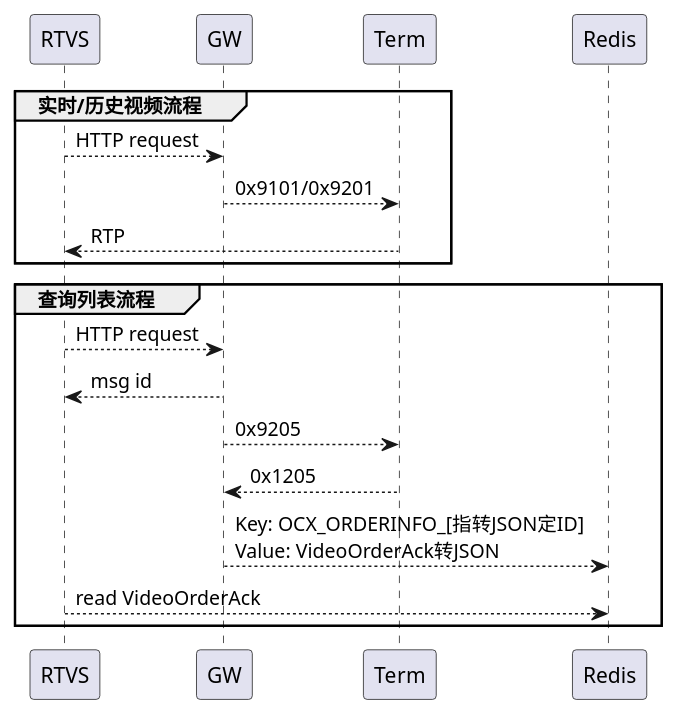
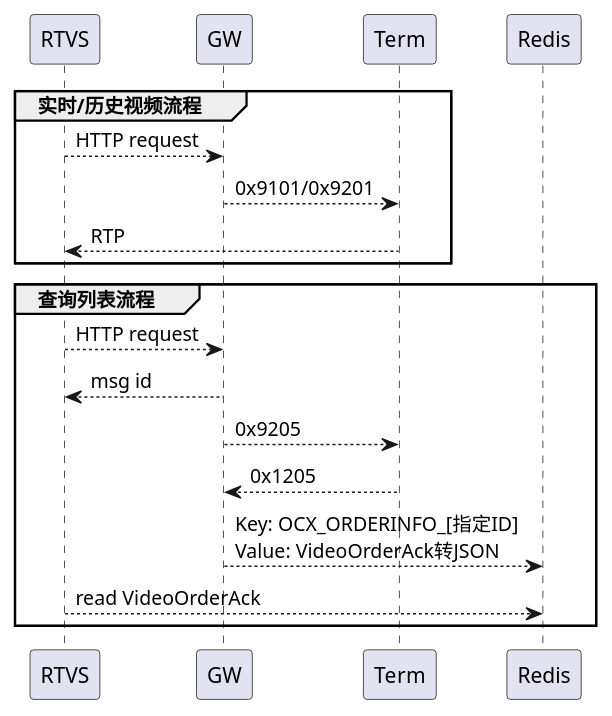
One commit to mingkid/jtt-gateway changed the diagram in doc/rtvs.puml. Above: the diagram before and after it, drawn with PlantUML. The commit also changed 2 other files, not shown here.

Commit message:
doc: 删除RTVS流程图中多余的字

```diff
--- a/doc/rtvs.puml
+++ b/doc/rtvs.puml
@@ -1,16 +1,16 @@
 @startuml
 group 实时/历史视频流程
 RTVS --> GW: HTTP request
 GW --> Term: 0x9101/0x9201
 Term --> RTVS: RTP
 end
 
 group 查询列表流程
 RTVS --> GW: HTTP request
 GW --> RTVS: msg id
 GW --> Term: 0x9205
 Term --> GW: 0x1205
-GW --> Redis: Key: OCX_ORDERINFO_[指转JSON定ID]\nValue: VideoOrderAck转JSON
+GW --> Redis: Key: OCX_ORDERINFO_[指定ID]\nValue: VideoOrderAck转JSON
 RTVS --> Redis: read VideoOrderAck
 end
 @enduml
```
